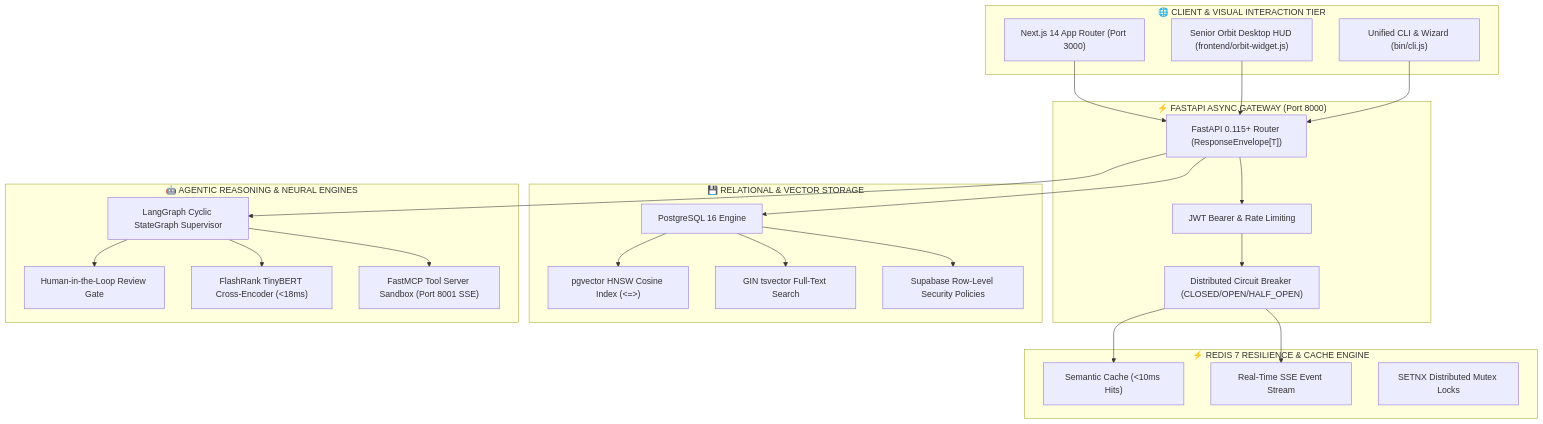
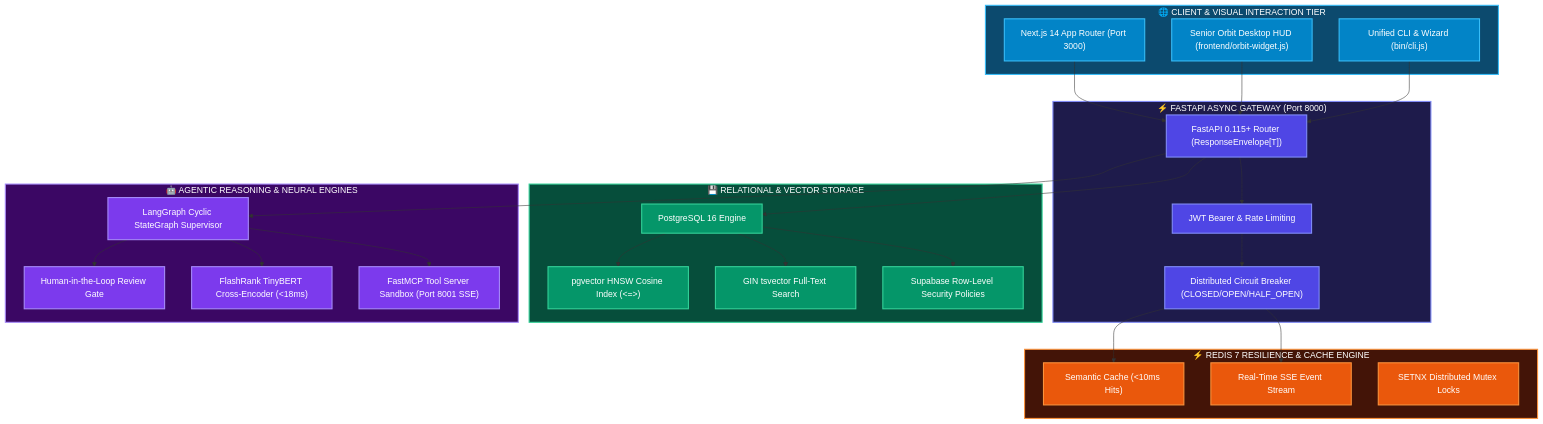
The diagram in docs/JUDGE_CERTIFICATION.md (Sathvik1533/hackathon-strategy-framework), drawn with Mermaid before and after one commit. The commit also changed other lines of this file and 6 other files, not shown here.

Commit message:
feat(docs): colorize and make all Mermaid architecture diagrams interactive across repo

````diff
--- a/docs/JUDGE_CERTIFICATION.md
+++ b/docs/JUDGE_CERTIFICATION.md
@@ -53,49 +53,72 @@
 ```mermaid
 flowchart TD
+    classDef client fill:#0284c7,stroke:#38bdf8,stroke-width:2px,color:#ffffff;
+    classDef gateway fill:#4f46e5,stroke:#818cf8,stroke-width:2px,color:#ffffff;
+    classDef resilience fill:#ea580c,stroke:#fb923c,stroke-width:2px,color:#ffffff;
+    classDef data fill:#059669,stroke:#34d399,stroke-width:2px,color:#ffffff;
+    classDef ai fill:#7c3aed,stroke:#a78bfa,stroke-width:2px,color:#ffffff;
+
     subgraph ClientTier["🌐 CLIENT & VISUAL INTERACTION TIER"]
-        NextJS["Next.js 14 App Router (Port 3000)"]
-        Widget["Senior Orbit Desktop HUD (frontend/orbit-widget.js)"]
-        CLI["Unified CLI & Wizard (bin/cli.js)"]
+        NextJS["Next.js 14 App Router (Port 3000)"]:::client
+        Widget["Senior Orbit Desktop HUD (frontend/orbit-widget.js)"]:::client
+        CLI["Unified CLI & Wizard (bin/cli.js)"]:::client
     end
 
     subgraph GatewayTier["⚡ FASTAPI ASYNC GATEWAY (Port 8000)"]
-        FastAPI["FastAPI 0.115+ Router (ResponseEnvelope[T])"]
-        AuthMiddleware["JWT Bearer & Rate Limiting"]
-        CircuitBreaker["Distributed Circuit Breaker (CLOSED/OPEN/HALF_OPEN)"]
+        FastAPI["FastAPI 0.115+ Router (ResponseEnvelope[T])"]:::gateway
+        AuthMiddleware["JWT Bearer & Rate Limiting"]:::gateway
+        CircuitBreaker["Distributed Circuit Breaker (CLOSED/OPEN/HALF_OPEN)"]:::gateway
     end
 
     subgraph ResilienceTier["⚡ REDIS 7 RESILIENCE & CACHE ENGINE"]
-        RedisCache["Semantic Cache (<10ms Hits)"]
-        RedisStream["Real-Time SSE Event Stream"]
-        RedisLock["SETNX Distributed Mutex Locks"]
+        RedisCache["Semantic Cache (<10ms Hits)"]:::resilience
+        RedisStream["Real-Time SSE Event Stream"]:::resilience
+        RedisLock["SETNX Distributed Mutex Locks"]:::resilience
     end
 
     subgraph DataTier["💾 RELATIONAL & VECTOR STORAGE"]
-        Postgres["PostgreSQL 16 Engine"]
-        pgvector["pgvector HNSW Cosine Index (<=>)"]
-        BM25["GIN tsvector Full-Text Search"]
-        RLS["Supabase Row-Level Security Policies"]
+        Postgres["PostgreSQL 16 Engine"]:::data
+        pgvector["pgvector HNSW Cosine Index (<=>)"]:::data
+        BM25["GIN tsvector Full-Text Search"]:::data
+        RLS["Supabase Row-Level Security Policies"]:::data
     end
 
     subgraph AITier["🤖 AGENTIC REASONING & NEURAL ENGINES"]
-        LangGraph["LangGraph Cyclic StateGraph Supervisor"]
-        HumanGate["Human-in-the-Loop Review Gate"]
-        FlashRank["FlashRank TinyBERT Cross-Encoder (<18ms)"]
-        FastMCP["FastMCP Tool Server Sandbox (Port 8001 SSE)"]
+        LangGraph["LangGraph Cyclic StateGraph Supervisor"]:::ai
+        HumanGate["Human-in-the-Loop Review Gate"]:::ai
+        FlashRank["FlashRank TinyBERT Cross-Encoder (<18ms)"]:::ai
+        FastMCP["FastMCP Tool Server Sandbox (Port 8001 SSE)"]:::ai
     end
 
     NextJS --> FastAPI
     Widget --> FastAPI
     CLI --> FastAPI
     FastAPI --> AuthMiddleware --> CircuitBreaker
     CircuitBreaker --> RedisCache
     CircuitBreaker --> RedisStream
     FastAPI --> Postgres
     Postgres --> pgvector
     Postgres --> BM25
     Postgres --> RLS
     FastAPI --> LangGraph
     LangGraph --> HumanGate
     LangGraph --> FlashRank
     LangGraph --> FastMCP
+
+    style ClientTier fill:#0c4a6e,stroke:#38bdf8,stroke-width:2px,color:#ffffff
+    style GatewayTier fill:#1e1b4b,stroke:#818cf8,stroke-width:2px,color:#ffffff
+    style ResilienceTier fill:#431407,stroke:#fb923c,stroke-width:2px,color:#ffffff
+    style DataTier fill:#064e3b,stroke:#34d399,stroke-width:2px,color:#ffffff
+    style AITier fill:#3b0764,stroke:#a78bfa,stroke-width:2px,color:#ffffff
+
+    click NextJS "frontend/index.html" "View Frontend UI"
+    click Widget "frontend/orbit-widget.js" "View Mascot HUD"
+    click CLI "bin/cli.js" "View Unified CLI"
+    click FastAPI "backend/src/app/main.py" "View FastAPI Gateway"
+    click CircuitBreaker "backend/src/app/core/circuit_breaker.py" "View Circuit Breaker"
+    click RedisCache "backend/src/app/core/redis.py" "View Redis Cache"
+    click Postgres "backend/src/app/db/repositories/document.py" "View Database Layer"
+    click RLS "database/supabase_rls.sql" "View Row-Level Security"
+    click LangGraph "ai_layer/langgraph_supervisor.py" "View LangGraph Supervisor"
+    click FastMCP "ai_layer/fastmcp_server.py" "View FastMCP Server"
 ```
````
